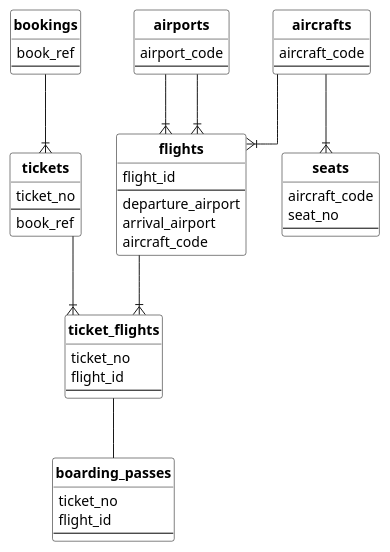
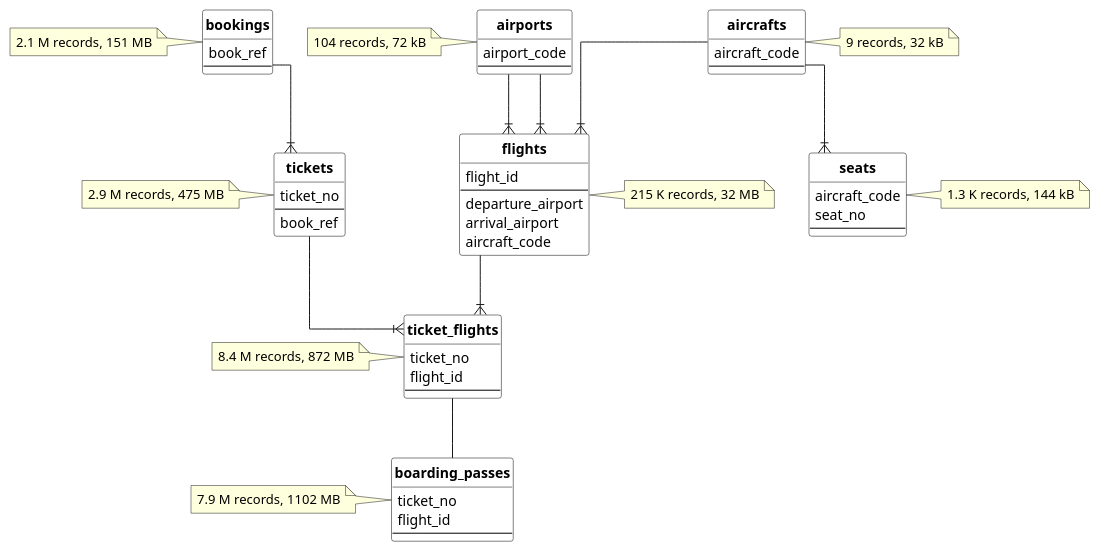
One commit to mialkin/docs changed the diagram in databases/postgres/queries/air-transportation-database.md. Above: the diagram before and after it, drawn with PlantUML. The commit also changed 2 other files, not shown here.

Commit message:
Update diagram

````diff
--- a/databases/postgres/queries/air-transportation-database.md
+++ b/databases/postgres/queries/air-transportation-database.md
@@ -41,72 +41,81 @@
 ```plantuml
 @startuml
 
 ' configuration
 hide circle
 skinparam linetype ortho
 
 skinparam class {
     BackgroundColor #ffffff
     BorderColor Black
     FontStyle bold
     FontSize 14
 }
 
 entity bookings {
  book_ref
  --
 }
+note left: 2.1 M records, 151 MB
 
 entity tickets {
  ticket_no
  --
  book_ref
 }
+note left: 2.9 M records, 475 MB
 
 entity ticket_flights {
  ticket_no
  flight_id
  --
 }
+note left: 8.4 M records, 872 MB
 
 entity flights {
  flight_id
  --
  departure_airport
  arrival_airport
  aircraft_code
 }
+note right: 215 K records, 32 MB
 
 entity airports {
  airport_code
  --
 }
+note left: 104 records, 72 kB
+
 
 entity boarding_passes {
  ticket_no
  flight_id
  --
 }
+note left: 7.9 M records, 1102 MB
 
 entity aircrafts {
  aircraft_code
  --
 }
+note right: 9 records, 32 kB
 
 entity seats {
  aircraft_code
  seat_no
  --
 }
+note right: 1.3 K records, 144 kB
 
 bookings --|{ tickets
 tickets --|{ ticket_flights
 ticket_flights -- boarding_passes
 flights --|{ ticket_flights
 airports --|{ flights
 airports --|{ flights
 aircrafts --|{ flights
 aircrafts --|{ seats
 
 @enduml
 ```
````
